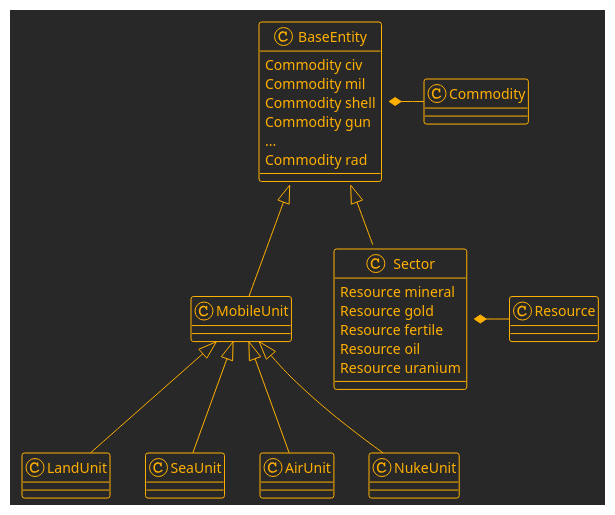
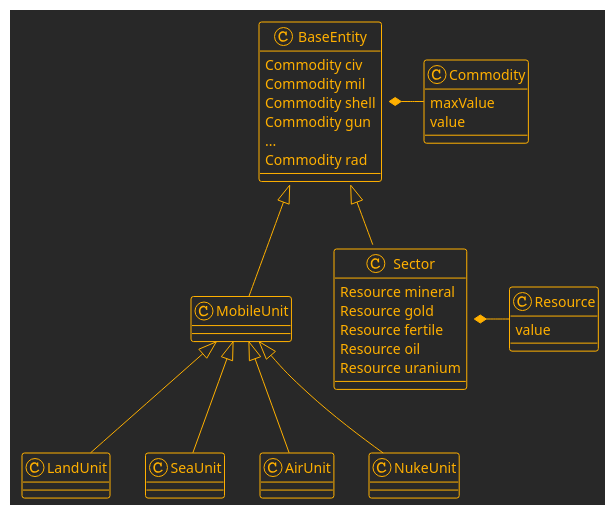
Before and after one commit to marknelsonengineer/empire: the fifth of 10 diagrams in DESIGN_CONCEPTS.md, drawn with PlantUML. The commit also changed other lines of this file and 3 other files, not shown here.

```diff
--- a/DESIGN_CONCEPTS.md
+++ b/DESIGN_CONCEPTS.md
@@ -192,40 +198,45 @@
 @startuml
 !theme crt-amber
 
 class Sector {
   Resource mineral
   Resource gold
   Resource fertile
   Resource oil
   Resource uranium
 }
 
-class Resource
+class Resource {
+  value
+}
 
 class BaseEntity {
   Commodity civ
   Commodity mil
   Commodity shell
   Commodity gun
   ...
   Commodity rad
 }
 
-class Commodity
+class Commodity {
+  maxValue
+  value
+}
 
 class MobileUnit
 class LandUnit
 class SeaUnit
 class AirUnit
 class NukeUnit
 
 Sector      -up-|> BaseEntity
 Resource    -left-* Sector::resources
 MobileUnit  -up-|> BaseEntity
 Commodity   -left-*  BaseEntity::commodities
 LandUnit    -up-|> MobileUnit
 SeaUnit     -up-|> MobileUnit
 AirUnit     -up-|> MobileUnit
 NukeUnit    -up-|> MobileUnit
 
 @enduml
```
